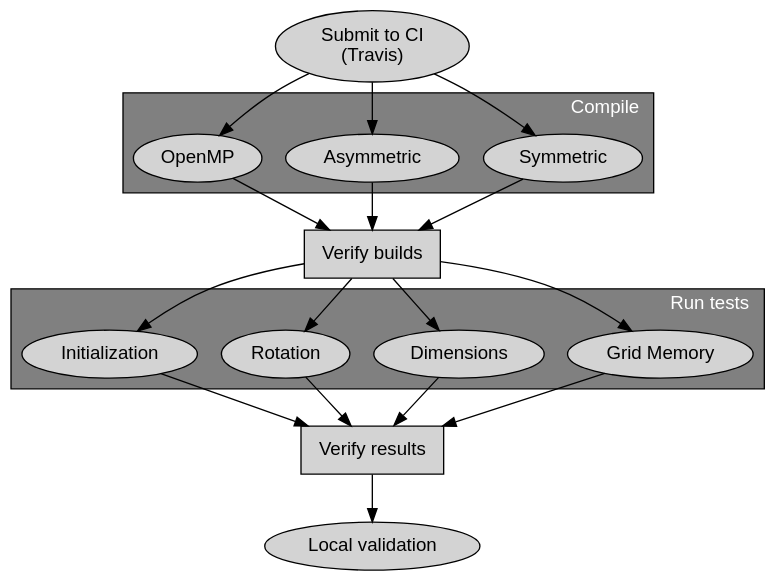
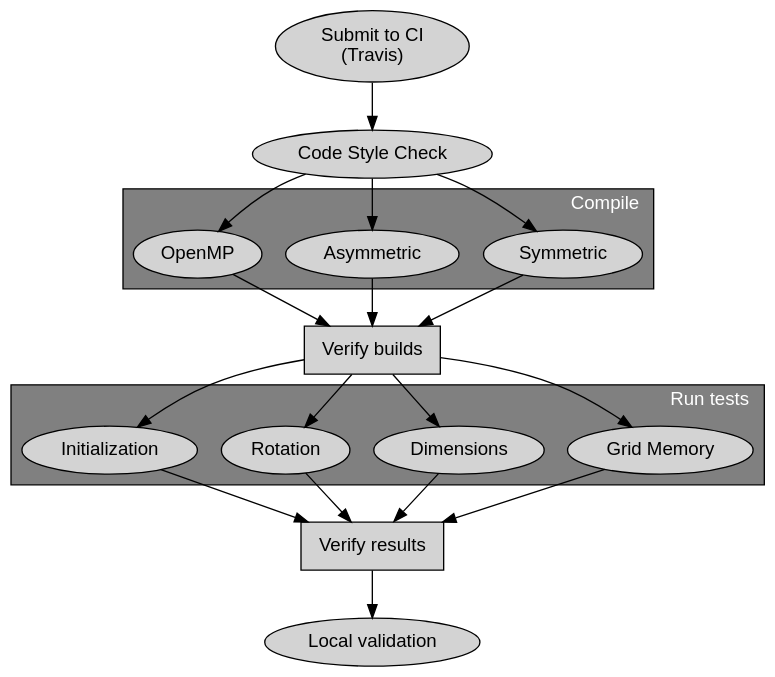
The diagram in dot/mom_verify.dot (marshallward/mom6vv), drawn with Graphviz before and after one commit. The commit also changed 9 other files, not shown here.

```diff
--- a/dot/mom_verify.dot
+++ b/dot/mom_verify.dot
@@ -1,50 +1,53 @@
 digraph testing {
     fontname = helvetica
     fontcolor = white
     labeljust = r
     node [
         style = filled,
         fontname = helvetica
     ]
 
     concentrate = true
     bgcolor = transparent
 
     submit [label = "Submit to CI\n(Travis)"]
+
+    codestyle [label = "Code Style Check"]
 
     build1 [label="Symmetric"];
     build2 [label="Asymmetric"];
     build3 [label="OpenMP"];
 
     build_verify [label="Verify builds", shape=rectangle]
 
     test1 [label="Grid Memory"]
     test2 [label="Dimensions"]
     test3 [label="Rotation"]
     test4 [label="Initialization"]
 
     verify_results [label="Verify results", shape=rectangle]
 
     validate [label="Local validation"]
 
-    submit -> {build1, build2, build3}
+    submit -> codestyle
+    codestyle -> {build1, build2, build3}
     {build1, build2, build3} -> build_verify
     build_verify -> {test1, test2, test3, test4}
     {test1, test2, test3, test4} -> verify_results
     verify_results -> validate
 
     subgraph cluster_build {
         style=filled
         label="Compile"
         bgcolor = grey
         labeljust = r
         build1; build2; build3
     }
     subgraph cluster_test {
         style=filled
         label="Run tests"; 
         bgcolor = grey
         labeljust = r
         test1; test2; test3; test4
     }
 }
```
